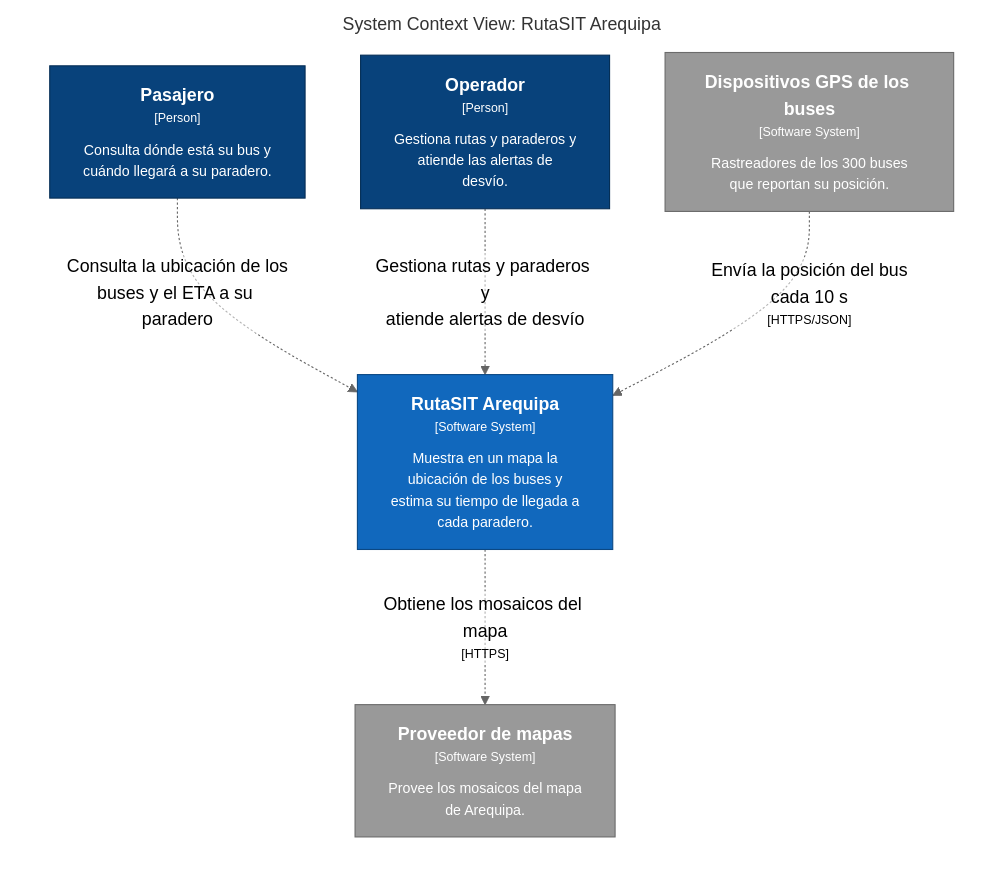
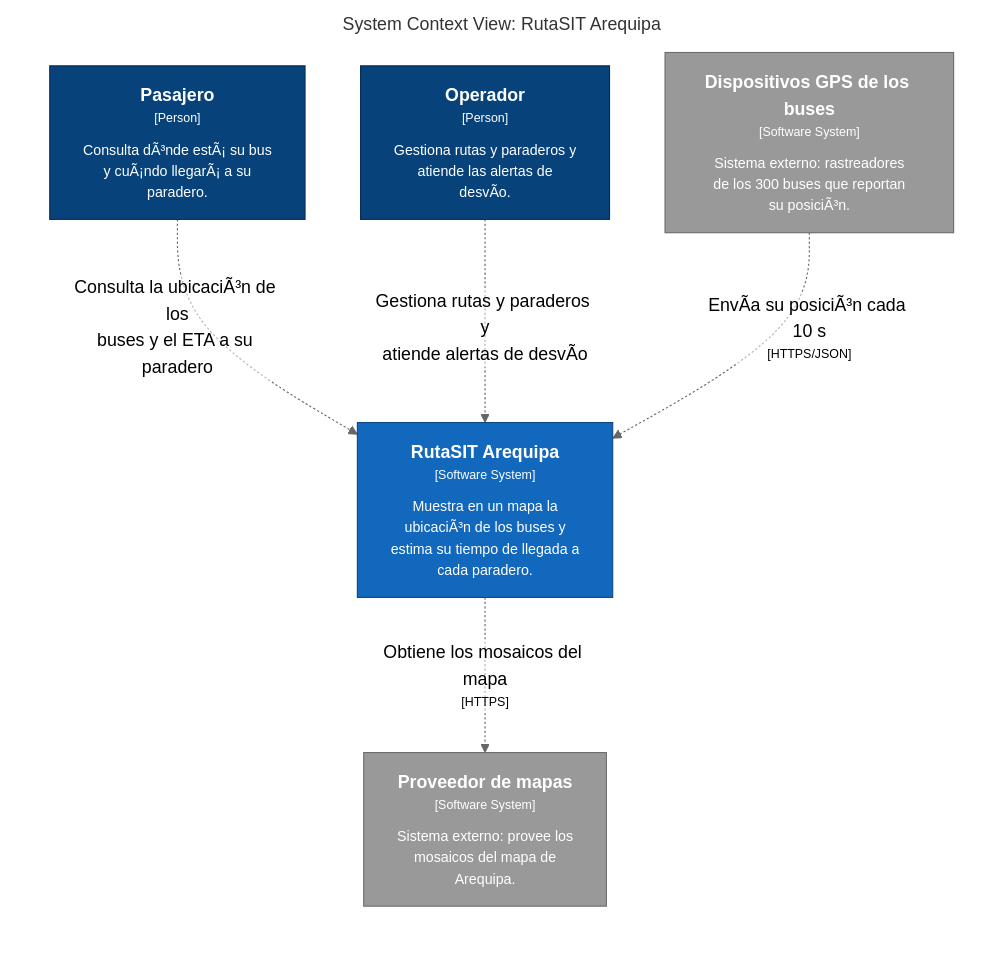
Before and after one commit to Camila-Alarico/cs-2026b-lab04--grupo06: the diagram in docs/architecture/c4/export/structurizr-Contexto.mmd, drawn with Mermaid (neutral theme). The commit also changed 15 other files, not shown here.

```diff
--- a/docs/architecture/c4/export/structurizr-Contexto.mmd
+++ b/docs/architecture/c4/export/structurizr-Contexto.mmd
@@ -1,23 +1,23 @@
 graph LR
   linkStyle default fill:#ffffff
 
   subgraph diagram ["System Context View: RutaSIT Arequipa"]
     style diagram fill:#ffffff,stroke:#ffffff
 
-    1["<div style='font-weight: bold'>Pasajero</div><div style='font-size: 70%; margin-top: 0px'>[Person]</div><div style='font-size: 80%; margin-top:10px'>Consulta dónde está su bus y<br />cuándo llegará a su paradero.</div>"]
+    1["<div style='font-weight: bold'>Pasajero</div><div style='font-size: 70%; margin-top: 0px'>[Person]</div><div style='font-size: 80%; margin-top:10px'>Consulta dÃ³nde estÃ¡ su bus<br />y cuÃ¡ndo llegarÃ¡ a su<br />paradero.</div>"]
     style 1 fill:#08427b,stroke:#052e56,color:#ffffff
-    11["<div style='font-weight: bold'>Dispositivos GPS de los buses</div><div style='font-size: 70%; margin-top: 0px'>[Software System]</div><div style='font-size: 80%; margin-top:10px'>Rastreadores de los 300 buses<br />que reportan su posición.</div>"]
+    11["<div style='font-weight: bold'>Dispositivos GPS de los buses</div><div style='font-size: 70%; margin-top: 0px'>[Software System]</div><div style='font-size: 80%; margin-top:10px'>Sistema externo: rastreadores<br />de los 300 buses que reportan<br />su posiciÃ³n.</div>"]
     style 11 fill:#999999,stroke:#6b6b6b,color:#ffffff
-    12["<div style='font-weight: bold'>Proveedor de mapas</div><div style='font-size: 70%; margin-top: 0px'>[Software System]</div><div style='font-size: 80%; margin-top:10px'>Provee los mosaicos del mapa<br />de Arequipa.</div>"]
+    12["<div style='font-weight: bold'>Proveedor de mapas</div><div style='font-size: 70%; margin-top: 0px'>[Software System]</div><div style='font-size: 80%; margin-top:10px'>Sistema externo: provee los<br />mosaicos del mapa de<br />Arequipa.</div>"]
     style 12 fill:#999999,stroke:#6b6b6b,color:#ffffff
-    2["<div style='font-weight: bold'>Operador</div><div style='font-size: 70%; margin-top: 0px'>[Person]</div><div style='font-size: 80%; margin-top:10px'>Gestiona rutas y paraderos y<br />atiende las alertas de<br />desvío.</div>"]
+    2["<div style='font-weight: bold'>Operador</div><div style='font-size: 70%; margin-top: 0px'>[Person]</div><div style='font-size: 80%; margin-top:10px'>Gestiona rutas y paraderos y<br />atiende las alertas de<br />desvÃ­o.</div>"]
     style 2 fill:#08427b,stroke:#052e56,color:#ffffff
-    3["<div style='font-weight: bold'>RutaSIT Arequipa</div><div style='font-size: 70%; margin-top: 0px'>[Software System]</div><div style='font-size: 80%; margin-top:10px'>Muestra en un mapa la<br />ubicación de los buses y<br />estima su tiempo de llegada a<br />cada paradero.</div>"]
+    3["<div style='font-weight: bold'>RutaSIT Arequipa</div><div style='font-size: 70%; margin-top: 0px'>[Software System]</div><div style='font-size: 80%; margin-top:10px'>Muestra en un mapa la<br />ubicaciÃ³n de los buses y<br />estima su tiempo de llegada a<br />cada paradero.</div>"]
     style 3 fill:#1168bd,stroke:#0b4884,color:#ffffff
 
-    1-. "<div>Consulta la ubicación de los<br />buses y el ETA a su paradero</div><div style='font-size: 70%'></div>" .->3
-    2-. "<div>Gestiona rutas y paraderos y<br />atiende alertas de desvío</div><div style='font-size: 70%'></div>" .->3
-    11-. "<div>Envía la posición del bus<br />cada 10 s</div><div style='font-size: 70%'>[HTTPS/JSON]</div>" .->3
+    1-. "<div>Consulta la ubicaciÃ³n de los<br />buses y el ETA a su paradero</div><div style='font-size: 70%'></div>" .->3
+    2-. "<div>Gestiona rutas y paraderos y<br />atiende alertas de desvÃ­o</div><div style='font-size: 70%'></div>" .->3
+    11-. "<div>EnvÃ­a su posiciÃ³n cada 10 s</div><div style='font-size: 70%'>[HTTPS/JSON]</div>" .->3
     3-. "<div>Obtiene los mosaicos del mapa</div><div style='font-size: 70%'>[HTTPS]</div>" .->12
 
   end
```
